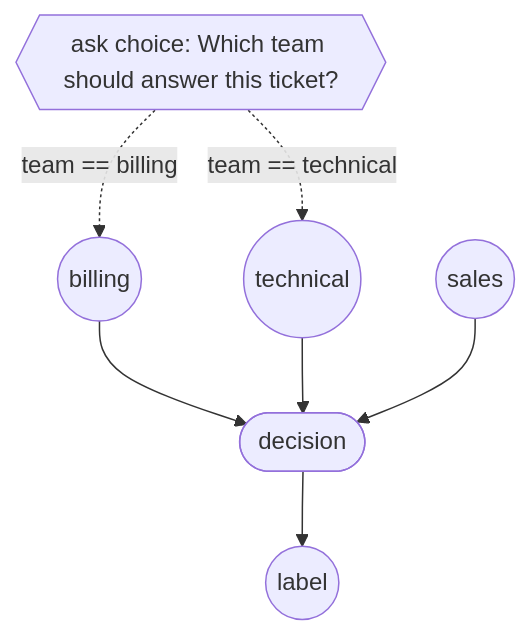
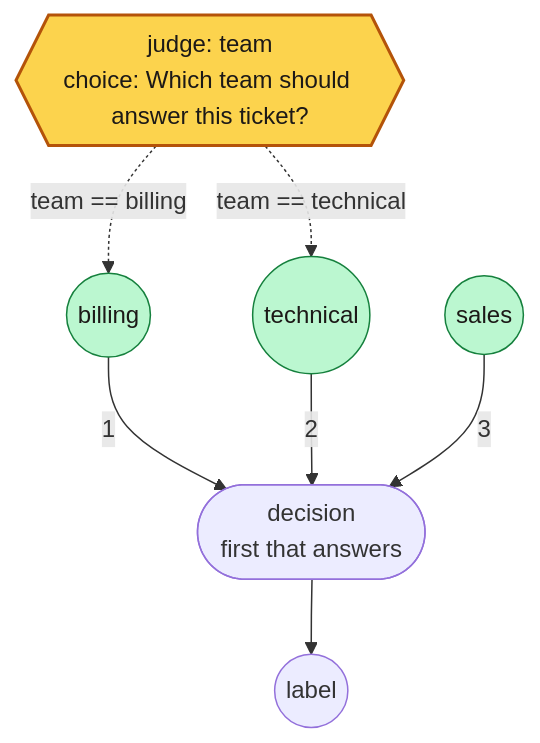
Before and after one commit to MCERQUA/rulesmith: the fifth of 5 diagrams in README.md, drawn with Mermaid. The commit also changed other lines of this file and 2 other files, not shown here.

First line of the commit message:
Mark the judge in every drawn graph and fix the README's diagrams

````diff
--- a/README.md
+++ b/README.md
@@ -705,15 +745,19 @@
 ```mermaid
 flowchart TD
-    n0{{"ask choice: Which team should answer this ticket?"}}
+    n0{{"judge: team<br/>choice: Which team should answer this ticket?"}}
     n1(("billing"))
     n2(("technical"))
     n3(("sales"))
-    n4(["decision"])
+    n4(["decision<br/>first that answers"])
     n0 -.->|"team == billing"| n1
     n0 -.->|"team == technical"| n2
-    n1 --> n4
-    n2 --> n4
-    n3 --> n4
+    n1 -->|"1"| n4
+    n2 -->|"2"| n4
+    n3 -->|"3"| n4
     o0(("label"))
     n4 --> o0
+    classDef judge fill:#fcd34d,stroke:#b45309,stroke-width:2px,color:#1c1917
+    class n0 judge
+    classDef rule fill:#bbf7d0,stroke:#15803d,color:#1c1917
+    class n1,n2,n3 rule
 ```
````
